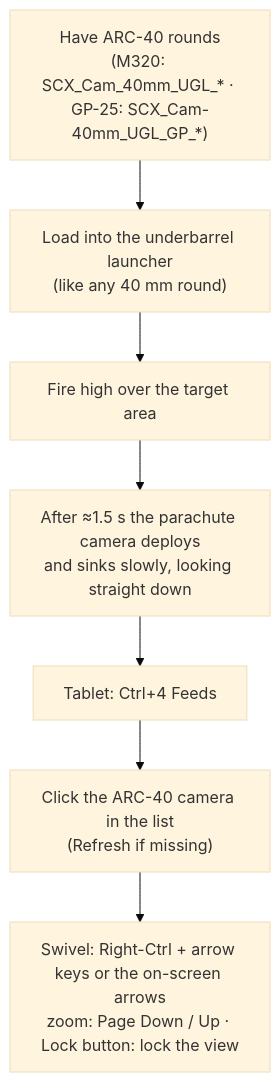
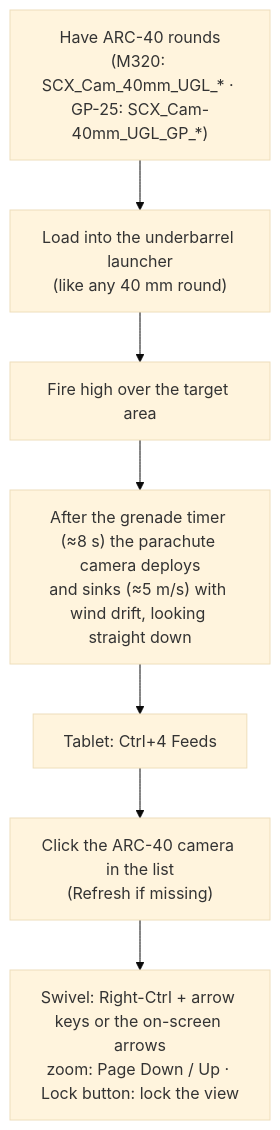
Before and after one commit to GerSkyking/SkyKing-Mod-Docs: the sixth of 12 diagrams in SkyMap-X-Workflows.md, drawn with Mermaid (base theme). The commit also changed other lines of this file and 2 other files, not shown here.

Commit message:
Wiki: link SMX sub-pages from Home/SkyMap-X, update workflow diagrams (ARC-40 timing, boot, map provider, chat)

````diff
--- a/SkyMap-X-Workflows.md
+++ b/SkyMap-X-Workflows.md
@@ -93,9 +95,9 @@
 ```mermaid
 flowchart TD
     A["Have ARC-40 rounds<br/>(M320: SCX_Cam_40mm_UGL_* · GP-25: SCX_Cam-40mm_UGL_GP_*)"] --> B["Load into the underbarrel launcher<br/>(like any 40 mm round)"]
     B --> C["Fire high over the target area"]
-    C --> D["After ≈1.5 s the parachute camera deploys<br/>and sinks slowly, looking straight down"]
+    C --> D["After the grenade timer (≈8 s) the parachute camera deploys<br/>and sinks (≈5 m/s) with wind drift, looking straight down"]
     D --> E["Tablet: Ctrl+4 Feeds"]
     E --> F["Click the ARC-40 camera in the list<br/>(Refresh if missing)"]
     F --> G["Swivel: Right-Ctrl + arrow keys or the on-screen arrows<br/>zoom: Page Down / Up · Lock button: lock the view"]
 ```
````
